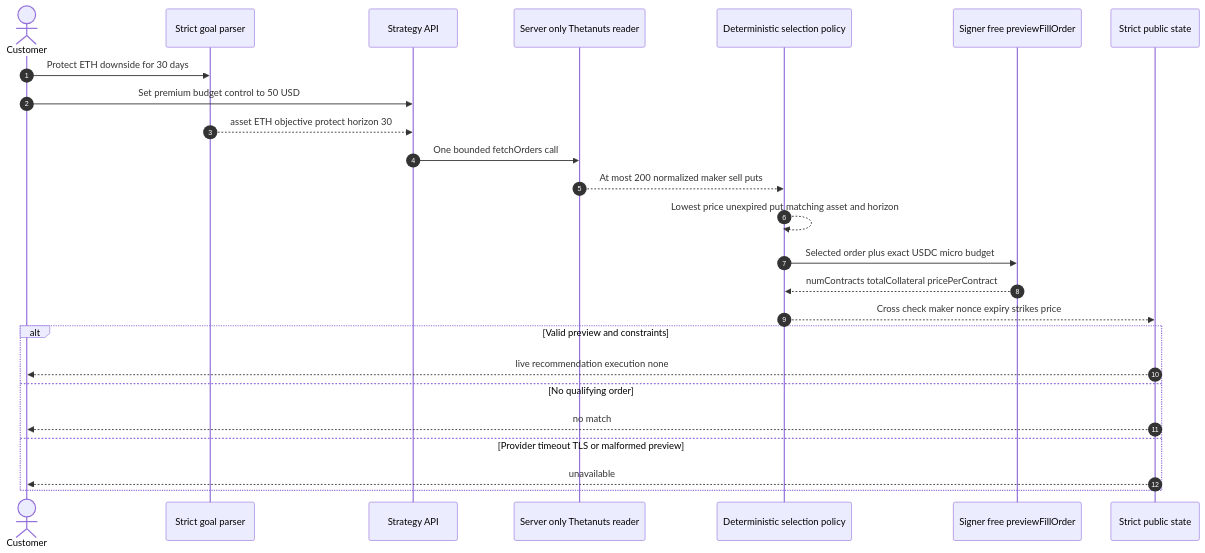
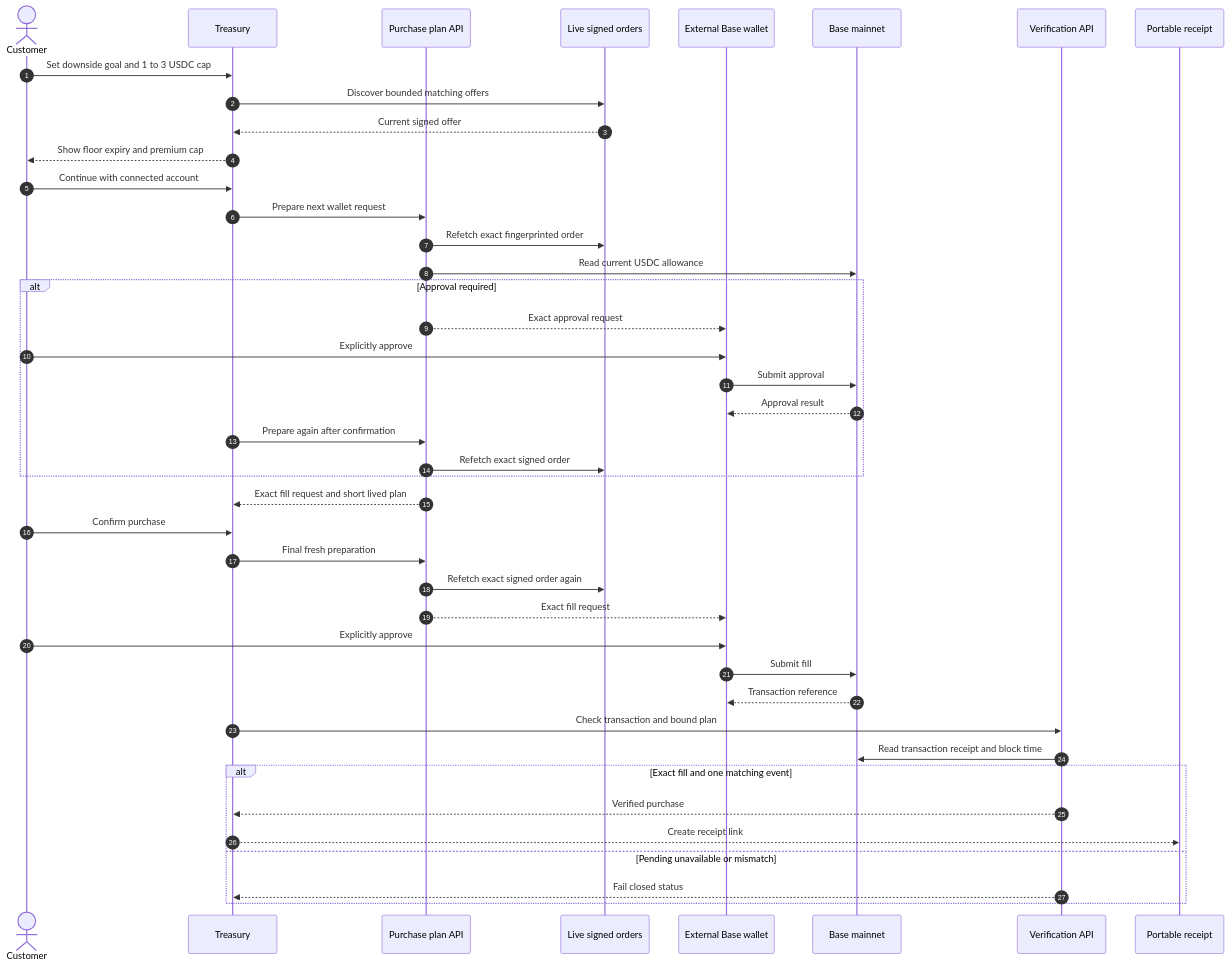
The fourth of 5 diagrams in README.md (MUBA-Hack/convey-sui), drawn with Mermaid before and after one commit. The commit also changed other lines of this file and 41 other files, not shown here.

Commit message:
Add verified Base protection purchases

````diff
--- a/README.md
+++ b/README.md
@@ -757,28 +803,45 @@
 ```mermaid
 sequenceDiagram
   autonumber
   actor Customer
-  participant Parse as Strict goal parser
-  participant API as Strategy API
-  participant Reader as Server only Thetanuts reader
-  participant Policy as Deterministic selection policy
-  participant Preview as Signer free previewFillOrder
-  participant State as Strict public state
+  participant Desk as Treasury
+  participant Plan as Purchase plan API
+  participant Orders as Live signed orders
+  participant Wallet as External Base wallet
+  participant Base as Base mainnet
+  participant Verify as Verification API
+  participant Proof as Portable receipt
 
-  Customer->>Parse: Protect ETH downside for 30 days
-  Customer->>API: Set premium budget control to 50 USD
-  Parse-->>API: asset ETH objective protect horizon 30
-  API->>Reader: One bounded fetchOrders call
-  Reader-->>Policy: At most 200 normalized maker sell puts
-  Policy-->>Policy: Lowest price unexpired put matching asset and horizon
-  Policy->>Preview: Selected order plus exact USDC micro budget
-  Preview-->>Policy: numContracts totalCollateral pricePerContract
-  Policy-->>State: Cross check maker nonce expiry strikes price
-  alt Valid preview and constraints
-    State-->>Customer: live recommendation execution none
-  else No qualifying order
-    State-->>Customer: no match
-  else Provider timeout TLS or malformed preview
-    State-->>Customer: unavailable
+  Customer->>Desk: Set downside goal and 1 to 3 USDC cap
+  Desk->>Orders: Discover bounded matching offers
+  Orders-->>Desk: Current signed offer
+  Desk-->>Customer: Show floor expiry and premium cap
+  Customer->>Desk: Continue with connected account
+  Desk->>Plan: Prepare next wallet request
+  Plan->>Orders: Refetch exact fingerprinted order
+  Plan->>Base: Read current USDC allowance
+  alt Approval required
+    Plan-->>Wallet: Exact approval request
+    Customer->>Wallet: Explicitly approve
+    Wallet->>Base: Submit approval
+    Base-->>Wallet: Approval result
+    Desk->>Plan: Prepare again after confirmation
+    Plan->>Orders: Refetch exact signed order
+  end
+  Plan-->>Desk: Exact fill request and short lived plan
+  Customer->>Desk: Confirm purchase
+  Desk->>Plan: Final fresh preparation
+  Plan->>Orders: Refetch exact signed order again
+  Plan-->>Wallet: Exact fill request
+  Customer->>Wallet: Explicitly approve
+  Wallet->>Base: Submit fill
+  Base-->>Wallet: Transaction reference
+  Desk->>Verify: Check transaction and bound plan
+  Verify->>Base: Read transaction receipt and block time
+  alt Exact fill and one matching event
+    Verify-->>Desk: Verified purchase
+    Desk-->>Proof: Create receipt link
+  else Pending unavailable or mismatch
+    Verify-->>Desk: Fail closed status
   end
 ```
````
